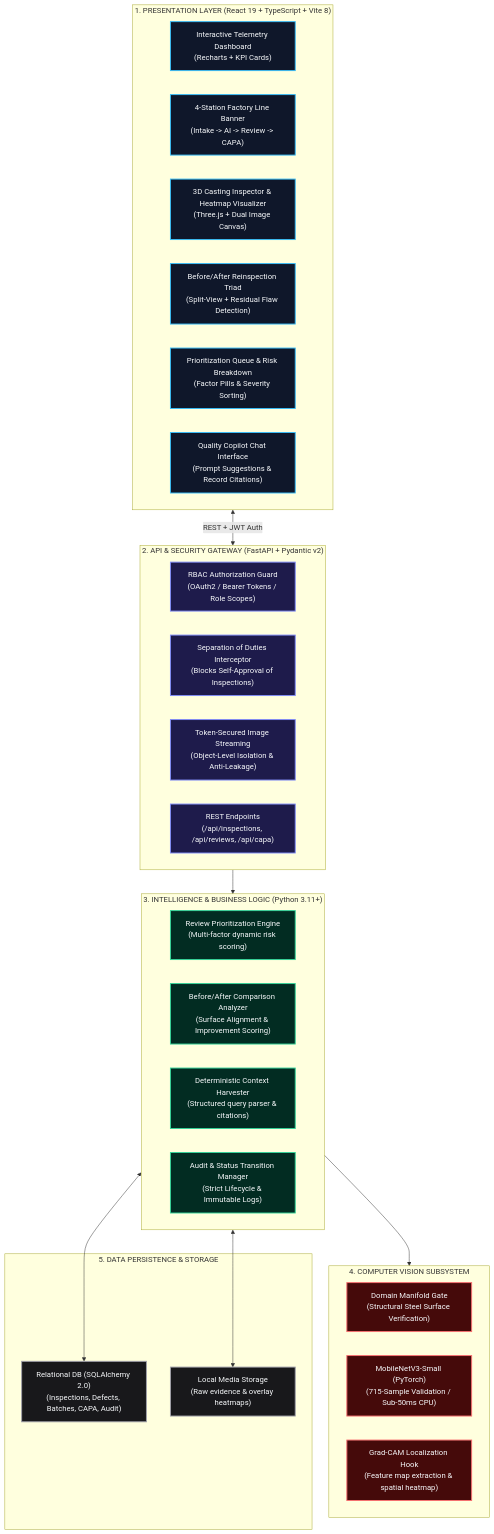
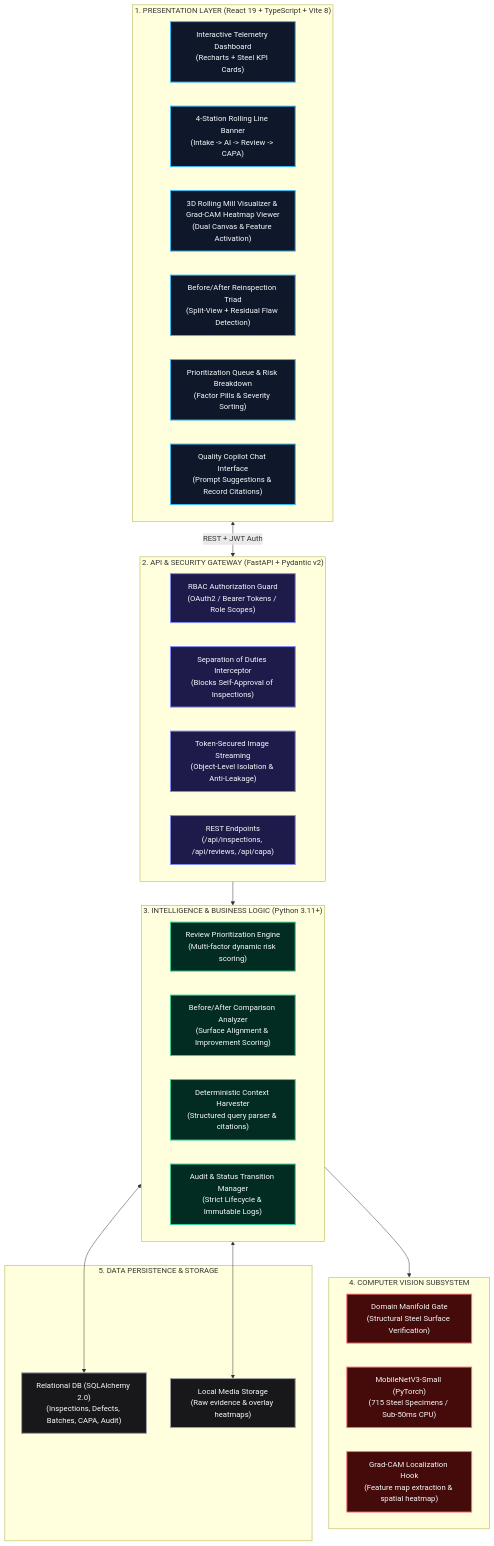
Before and after one commit to Karanpatil1201/Buildathon-2.0: the first of 3 diagrams in README.md, drawn with Mermaid. The commit also changed other lines of this file and 38 other files, not shown here.

Commit message:
feat: update repository domain to steel surface defect detection (replace casting references and generate genuine steel Grad-CAM heatmaps)

````diff
--- a/README.md
+++ b/README.md
@@ -54,69 +57,68 @@
 ```mermaid
 flowchart TB
     %% Styling Classes
     classDef client fill:#0f172a,stroke:#38bdf8,stroke-width:2px,color:#f8fafc;
     classDef gateway fill:#1e1b4b,stroke:#818cf8,stroke-width:2px,color:#f8fafc;
     classDef core fill:#022c22,stroke:#34d399,stroke-width:2px,color:#f8fafc;
     classDef ai fill:#450a0a,stroke:#f87171,stroke-width:2px,color:#f8fafc;
     classDef data fill:#18181b,stroke:#a1a1aa,stroke-width:2px,color:#f8fafc;
-    classDef copilot fill:#2e1065,stroke:#c084fc,stroke-width:2px,color:#f8fafc;
 
     subgraph CLIENT["1. PRESENTATION LAYER (React 19 + TypeScript + Vite 8)"]
         UI_DASH["Interactive Telemetry Dashboard
-(Recharts + KPI Cards)"]:::client
-        UI_LINE["4-Station Factory Line Banner
+(Recharts + Steel KPI Cards)"]:::client
+        UI_LINE["4-Station Rolling Line Banner
 (Intake -> AI -> Review -> CAPA)"]:::client
-        UI_VIEW["3D Casting Inspector & Heatmap Visualizer
-(Three.js + Dual Image Canvas)"]:::client
+        UI_VIEW["3D Rolling Mill Visualizer & Grad-CAM Heatmap Viewer
+(Dual Canvas & Feature Activation)"]:::client
         UI_REINSP["Before/After Reinspection Triad
 (Split-View + Residual Flaw Detection)"]:::client
         UI_PRIO["Prioritization Queue & Risk Breakdown
 (Factor Pills & Severity Sorting)"]:::client
         UI_COPILOT["Quality Copilot Chat Interface
 (Prompt Suggestions & Record Citations)"]:::client
     end
 
     subgraph GATEWAY["2. API & SECURITY GATEWAY (FastAPI + Pydantic v2)"]
         AUTH_ROUTER["RBAC Authorization Guard
 (OAuth2 / Bearer Tokens / Role Scopes)"]:::gateway
         SOD_GUARD["Separation of Duties Interceptor
 (Blocks Self-Approval of Inspections)"]:::gateway
         IMG_STREAM["Token-Secured Image Streaming
 (Object-Level Isolation & Anti-Leakage)"]:::gateway
         REST_API["REST Endpoints
 (/api/inspections, /api/reviews, /api/capa)"]:::gateway
     end
 
     subgraph CORE["3. INTELLIGENCE & BUSINESS LOGIC (Python 3.11+)"]
         PRIO_ENG["Review Prioritization Engine
 (Multi-factor dynamic risk scoring)"]:::core
         REINSP_ENG["Before/After Comparison Analyzer
 (Surface Alignment & Improvement Scoring)"]:::core
         COPILOT_ENG["Deterministic Context Harvester
 (Structured query parser & citations)"]:::core
         STATE_MGR["Audit & Status Transition Manager
 (Strict Lifecycle & Immutable Logs)"]:::core
     end
 
     subgraph AI["4. COMPUTER VISION SUBSYSTEM"]
         GATE_MOD["Domain Manifold Gate
 (Structural Steel Surface Verification)"]:::ai
         MOBILENET["MobileNetV3-Small (PyTorch)
-(715-Sample Validation / Sub-50ms CPU)"]:::ai
+(715 Steel Specimens / Sub-50ms CPU)"]:::ai
         GRADCAM["Grad-CAM Localization Hook
 (Feature map extraction & spatial heatmap)"]:::ai
     end
 
     subgraph DATA["5. DATA PERSISTENCE & STORAGE"]
         SQLITE_DB["Relational DB (SQLAlchemy 2.0)
 (Inspections, Defects, Batches, CAPA, Audit)"]:::data
         IMG_STORE["Local Media Storage
 (Raw evidence & overlay heatmaps)"]:::data
     end
 
     CLIENT <-->|REST + JWT Auth| GATEWAY
     GATEWAY --> CORE
     CORE --> AI
     CORE <--> SQLITE_DB
     CORE <--> IMG_STORE
 ```
````
